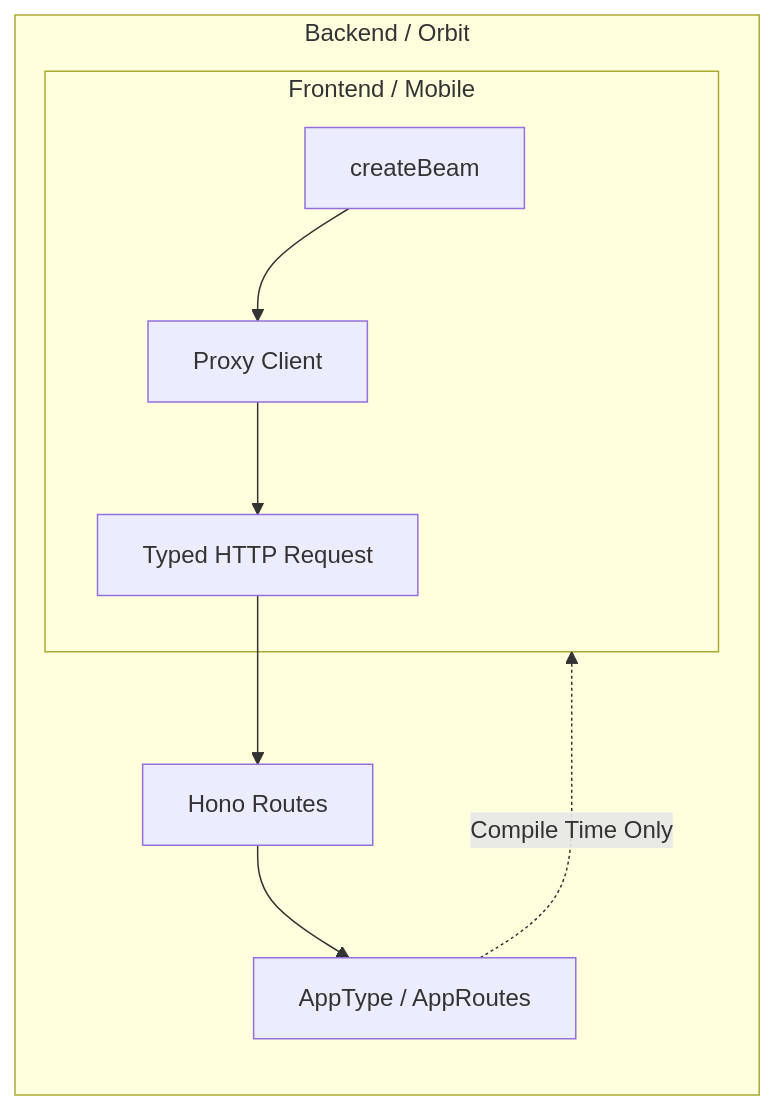
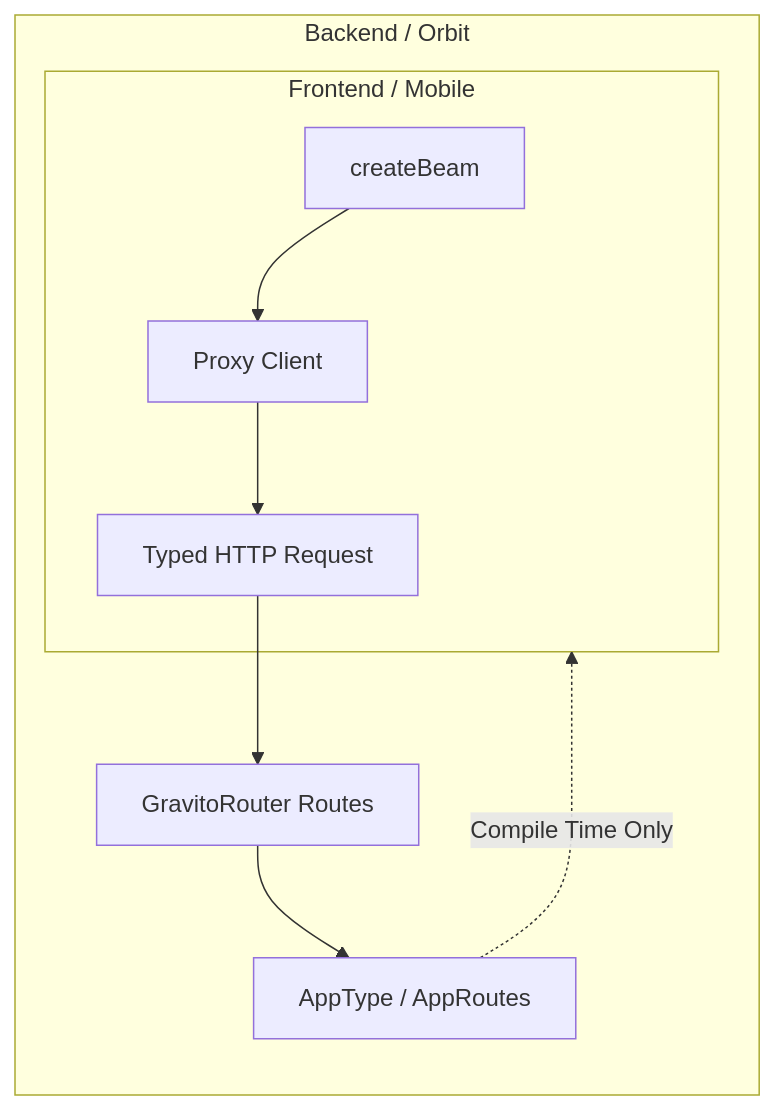
Before and after one commit to CarlLee1983/gravito: the diagram in docs/internal/technical/BEAM_RPC.md, drawn with Mermaid. The commit also changed other lines of this file and 57 other files, not shown here.

````diff
--- a/docs/internal/technical/BEAM_RPC.md
+++ b/docs/internal/technical/BEAM_RPC.md
@@ -24,14 +24,14 @@
 ```mermaid
 graph LR
     subgraph Server [Backend / Orbit]
-        Routes[Hono Routes] --> TypeDef[AppType / AppRoutes]
+        Routes[GravitoRouter Routes] --> TypeDef[AppType / AppRoutes]
         TypeDef -.->|Compile Time Only| Client
     end
 
     subgraph Client [Frontend / Mobile]
         Beam[createBeam<AppType>] --> Proxy[Proxy Client]
         Proxy --> Request[Typed HTTP Request]
     end
 
     Request --> Routes
 ```
````
